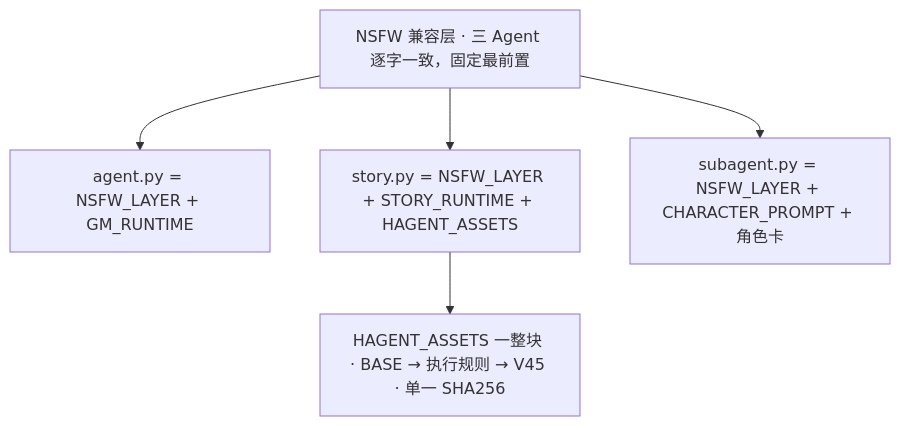
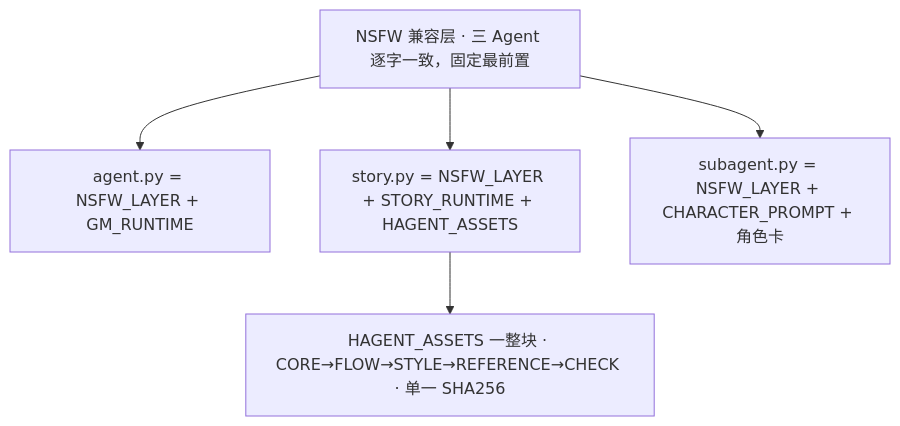
The fourth of 5 diagrams in DOC.md (Xiyinnnnnn/RP-agent), drawn with Mermaid before and after one commit. The commit also changed other lines of this file and 4 other files, not shown here.

````diff
--- a/DOC.md
+++ b/DOC.md
@@ -182,8 +181,8 @@
 ```mermaid
 flowchart TB
     N["NSFW 兼容层 · 三 Agent 逐字一致，固定最前置"]
     N --> A1["agent.py = NSFW_LAYER + GM_RUNTIME"]
     N --> S1["story.py = NSFW_LAYER + STORY_RUNTIME + HAGENT_ASSETS"]
     N --> U1["subagent.py = NSFW_LAYER + CHARACTER_PROMPT + 角色卡"]
-    S1 --> HA["HAGENT_ASSETS 一整块 · BASE → 执行规则 → V45 · 单一 SHA256"]
+    S1 --> HA["HAGENT_ASSETS 一整块 · CORE→FLOW→STYLE→REFERENCE→CHECK · 单一 SHA256"]
 ```
````
